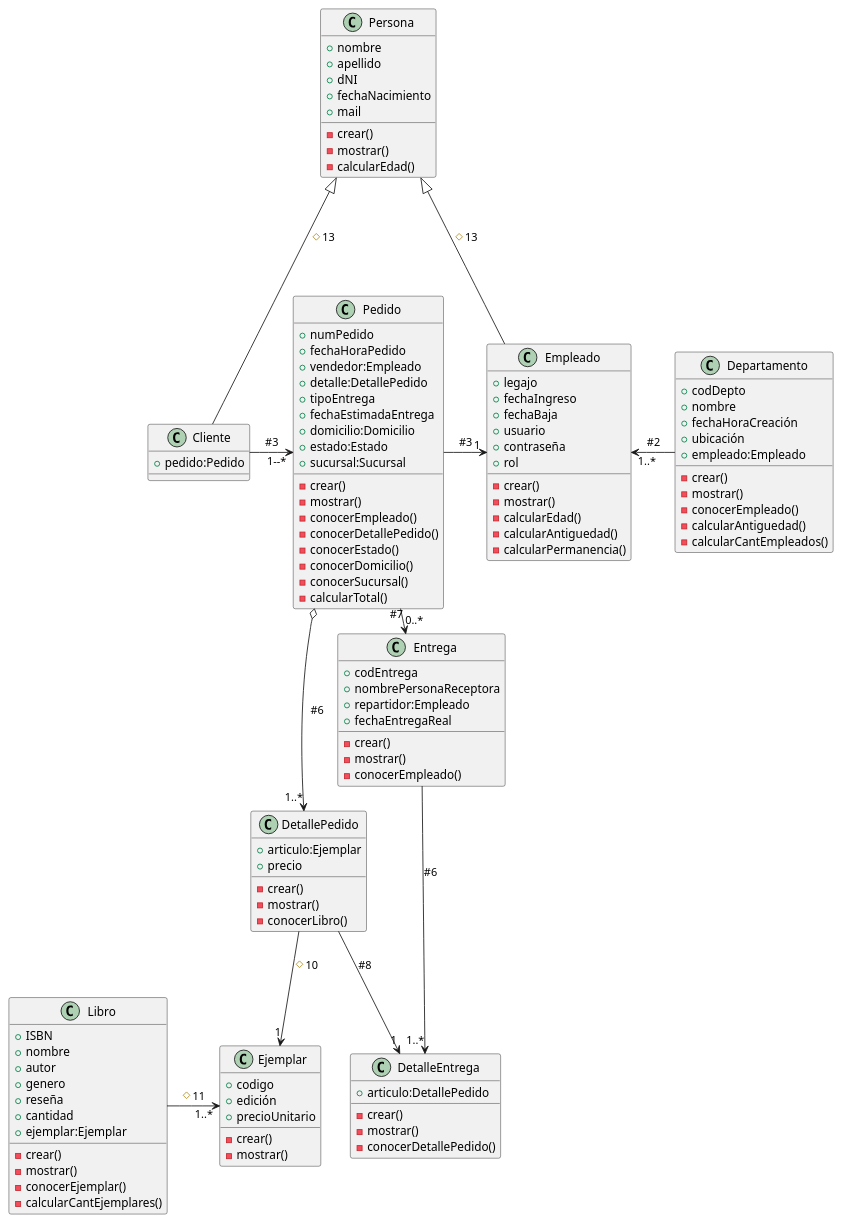
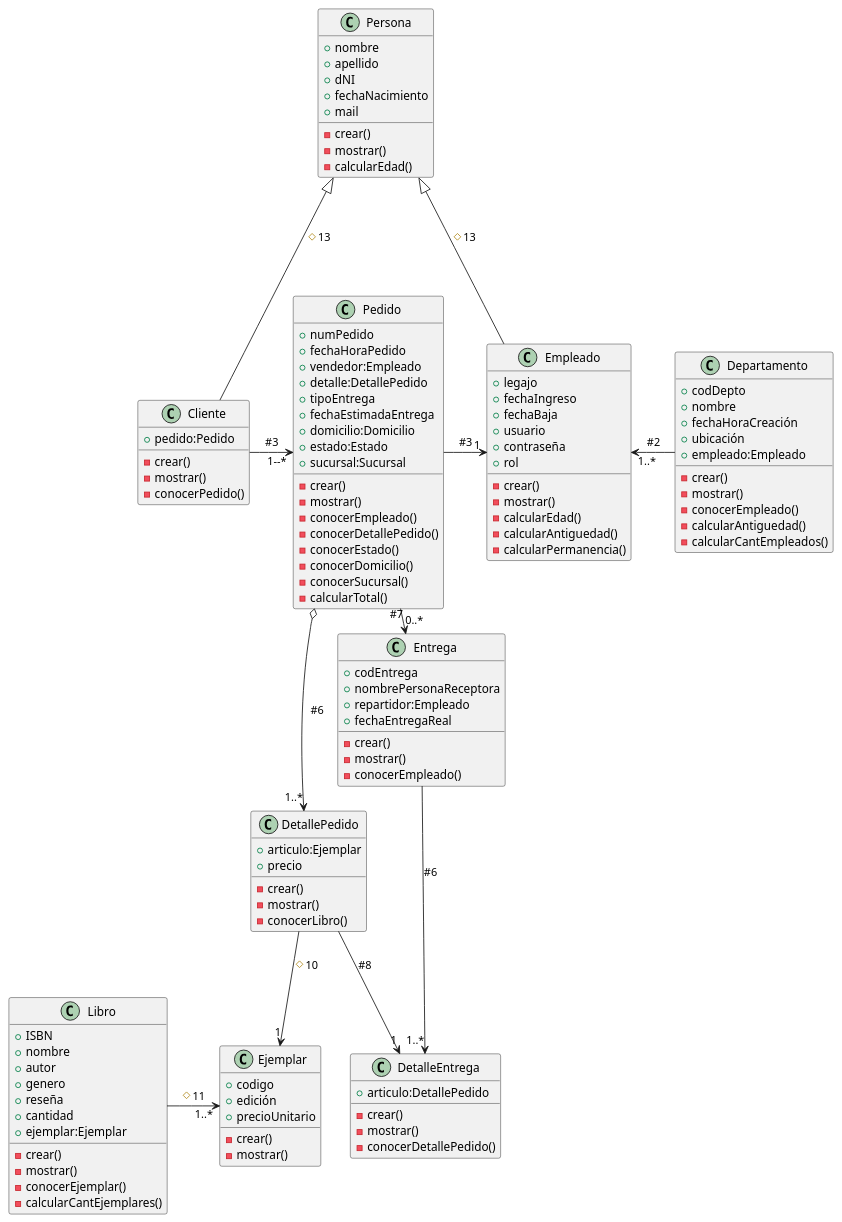
Before and after one commit to EsTesan-py/AnalisisDeSistemas: the diagram in Diagramas de clase/ClaseVirtualBBB.pu, drawn with PlantUML. The commit also changed 3 other files, not shown here.

Commit message:
Anotaciones actualizadas, Diagrama nuevo

```diff
--- a/Diagramas de clase/ClaseVirtualBBB.pu
+++ b/Diagramas de clase/ClaseVirtualBBB.pu
@@ -1,123 +1,126 @@
 @startuml clasevirtual
 class Departamento {
 +codDepto
 +nombre
 +fechaHoraCreación
 +ubicación
 +empleado:Empleado
 -crear()
 -mostrar()
 -conocerEmpleado()
 -calcularAntiguedad()
 -calcularCantEmpleados()
 }
 
 class Persona {
 +nombre
 +apellido
 +dNI
 +fechaNacimiento
 +mail
 -crear()
 -mostrar()
 -calcularEdad() 
 }
 
 class Empleado {
 +legajo
 +fechaIngreso
 +fechaBaja
 +usuario
 +contraseña
 +rol
 -crear()
 -mostrar()
 -calcularEdad()
 -calcularAntiguedad()
 -calcularPermanencia()
 }
 
 class Pedido {
 +numPedido
 +fechaHoraPedido
 +vendedor:Empleado
 +detalle:DetallePedido
 +tipoEntrega
 +fechaEstimadaEntrega
 +domicilio:Domicilio
 +estado:Estado
 +sucursal:Sucursal
 -crear()
 -mostrar()
 -conocerEmpleado()
 -conocerDetallePedido()
 -conocerEstado()
 -conocerDomicilio()
 -conocerSucursal()
 -calcularTotal()
 }
 
 class DetallePedido {
 +articulo:Ejemplar
 +precio
 -crear()
 -mostrar()
 -conocerLibro()
 }
 
 class Entrega {
 +codEntrega
 +nombrePersonaReceptora
 +repartidor:Empleado
 +fechaEntregaReal
 -crear()
 -mostrar()
 -conocerEmpleado()
 }
 
 class DetalleEntrega {
 +articulo:DetallePedido
 -crear()
 -mostrar()
 -conocerDetallePedido()
 }
 
 class Cliente {
 +pedido:Pedido
+-crear()
+-mostrar()
+-conocerPedido()
 }
 
 class Libro {
 +ISBN
 +nombre
 +autor
 +genero
 +reseña
 +cantidad
 +ejemplar:Ejemplar
 -crear()
 -mostrar()
 -conocerEjemplar()
 -calcularCantEjemplares()
 }
 
 class Ejemplar {
 +codigo
 +edición
 +precioUnitario
 -crear()
 -mostrar()
 }
 
 Empleado "1..*" <- Departamento :#2
 Cliente -> "1--*" Pedido :#3
 Pedido -> "1" Empleado :#3
 Pedido o--> "1..*" DetallePedido :#6
 DetallePedido --> "1" Ejemplar :#10
 Pedido -> "0..*" Entrega :#7
 Libro -> "1..*" Ejemplar :#11
 Entrega --> "1..*" DetalleEntrega :#6
 DetallePedido --> "1" DetalleEntrega :#8
 
 Persona <|--- Cliente :#13
 Persona <|--- Empleado :#13
 @enduml
```
